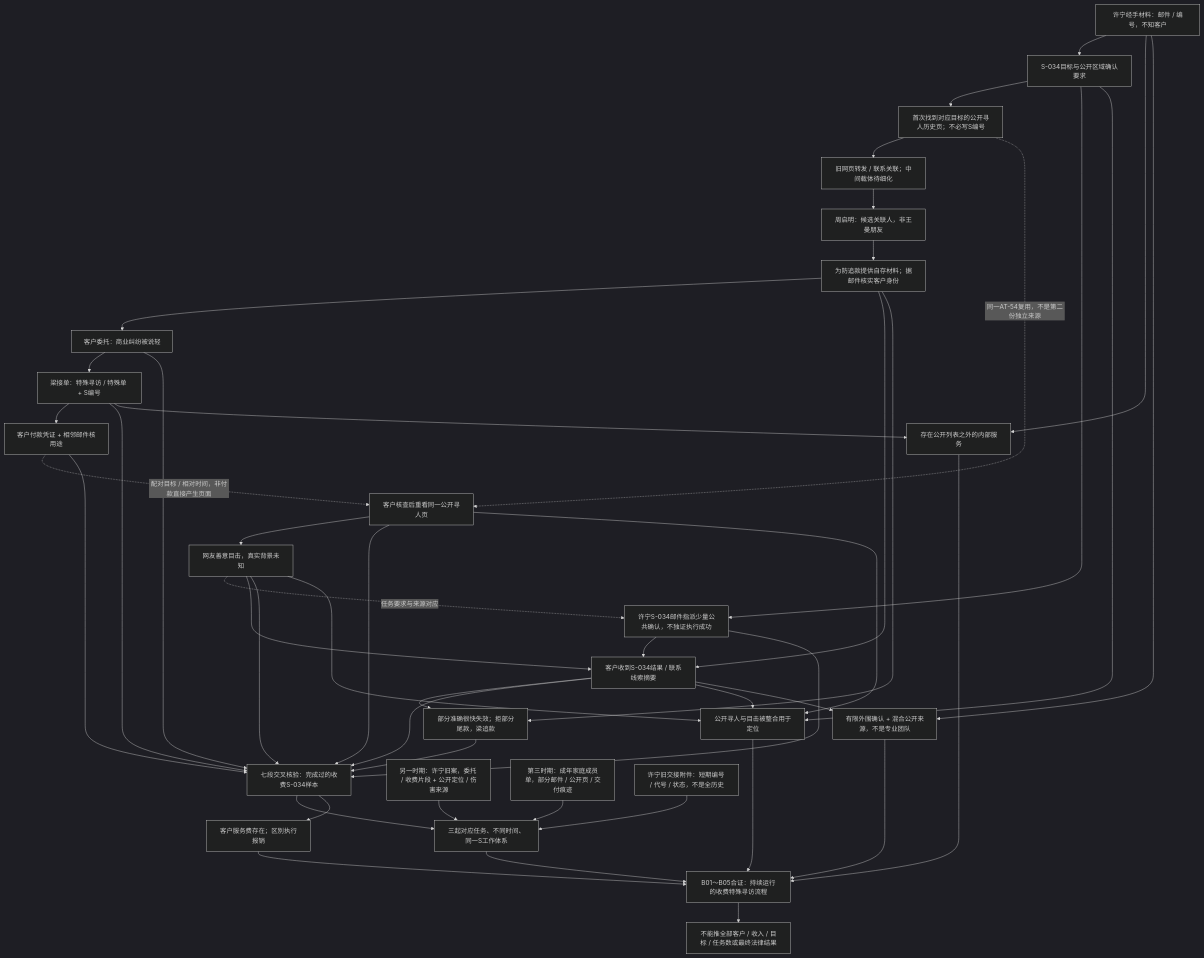
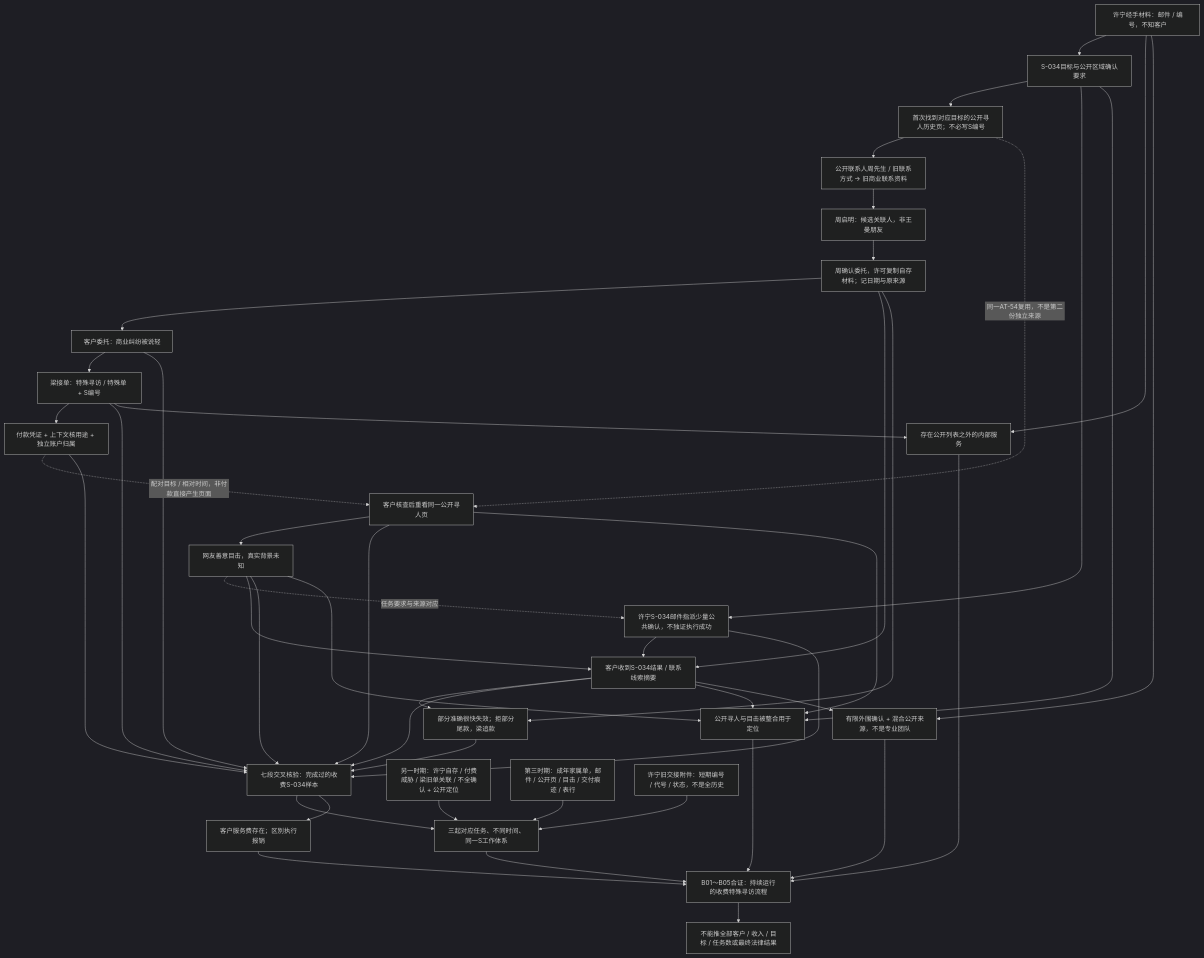
Before and after one commit to volcano-77/last-seen-online: the fifth of 6 diagrams in docs/cases/case-01-missing-person/information-dependency-map.md, drawn with Mermaid (dark theme). The commit also changed other lines of this file and 5 other files, not shown here.

````diff
--- a/docs/cases/case-01-missing-person/information-dependency-map.md
+++ b/docs/cases/case-01-missing-person/information-dependency-map.md
@@ -317,49 +318,49 @@
 ```mermaid
 flowchart TD
   xu["许宁经手材料：邮件 / 编号，不知客户"] --> task["S-034目标与公开区域确认要求"]
   task --> candidate["首次找到对应目标的公开寻人历史页；不必写S编号"]
-  candidate --> trail["旧网页转发 / 联系关联；中间载体待细化"]
+  candidate --> trail["公开联系人周先生 / 旧联系方式 → 旧商业联系资料"]
   trail --> zhou["周启明：候选关联人，非王曼朋友"]
-  zhou --> provided["为防追款提供自存材料；据邮件核实客户身份"]
+  zhou --> provided["周确认委托，许可复制自存材料；记日期与原来源"]
   provided --> request["客户委托：商业纠纷被说轻"]
   request --> accept["梁接单：特殊寻访 / 特殊单 + S编号"]
-  accept --> payment["客户付款凭证 + 相邻邮件核用途"]
+  accept --> payment["付款凭证 + 上下文核用途 + 独立账户归属"]
   payment -. "配对目标 / 相对时间，非付款直接产生页面" .-> public["客户核查后重看同一公开寻人页"]
   candidate -. "同一AT-54复用，不是第二份独立来源" .-> public
   public --> sightings["网友善意目击，真实背景未知"]
   sightings -. "任务要求与来源对应" .-> field["许宁S-034邮件指派少量公共确认，不独证执行成功"]
   task --> field
   sightings --> result["客户收到S-034结果 / 联系线索摘要"]
   field --> result
   provided --> result
   result --> dispute["部分准确很快失效；拒部分尾款，梁追款"]
   provided --> dispute
   request --> complete["七段交叉核验：完成过的收费S-034样本"]
   accept --> complete
   payment --> complete
   public --> complete
   sightings --> complete
   field --> complete
   result --> complete
   dispute --> complete
 
-  old["另一时期：许宁旧案，委托 / 收费片段 + 公开定位 / 伤害来源"] --> repeated["三起对应任务、不同时间、同一S工作体系"]
-  other["第三时期：成年家庭成员单，部分邮件 / 公开页 / 交付痕迹"] --> repeated
+  old["另一时期：许宁自存 / 付费威胁 / 梁旧单关联 / 不全确认 + 公开定位"] --> repeated["三起对应任务、不同时间、同一S工作体系"]
+  other["第三时期：成年家属单，邮件 / 公开页 / 目击 / 交付痕迹 / 表行"] --> repeated
   complete --> repeated
   table["许宁旧交接附件：短期编号 / 代号 / 状态，不是全历史"] --> repeated
   complete --> service["客户服务费存在；区别执行报销"]
   accept --> outside["存在公开列表之外的内部服务"]
   xu --> outside
   result --> crowd["公开寻人与目击被整合用于定位"]
   public --> crowd
   sightings --> crowd
   task --> crowd
   xu --> limited["有限外围确认 + 混合公开来源，不是专业团队"]
   result --> limited
   outside --> final["B01～B05合证：持续运行的收费特殊寻访流程"]
   service --> final
   crowd --> final
   limited --> final
   repeated --> final
   final --> boundary["不能推全部客户 / 收入 / 目标 / 任务数或最终法律结果"]
 ```
````
